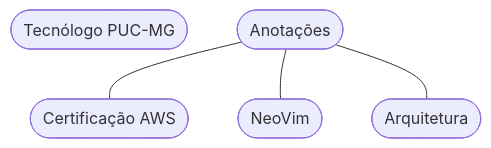
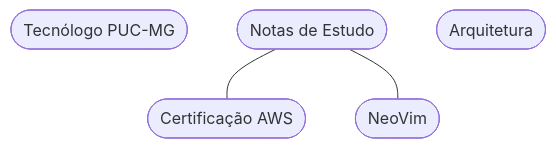
Before and after one commit to brunoruas2/ciencia_computacao: the diagram in docs/01-intro.mdx, drawn with Mermaid. The commit also changed other lines of this file and 7 other files, not shown here.

````diff
--- a/docs/01-intro.mdx
+++ b/docs/01-intro.mdx
@@ -9,18 +13,17 @@
 ```mermaid
 flowchart
 	A([Tecnólogo PUC-MG])
-	B([Anotações])
+	B([Notas de Estudo])
 	B1([Certificação AWS])
 	B2([NeoVim])
-    B3([Arquitetura])
+  C([Arquitetura])
 
-	B --- B1
+	  B --- B1
     B --- B2
-    B --- B3
 
 	click A "puc/intro"
-	click B "category/cursos-livres"
+	click B "category/notas-de-estudo"
 	click B1 "category/aws-skill-builder"
 	click B2 "category/neovim"
-    click B3 "category/arquitetura-de-software"
+  click C "category/arquitetura-de-software"
 ```
````
